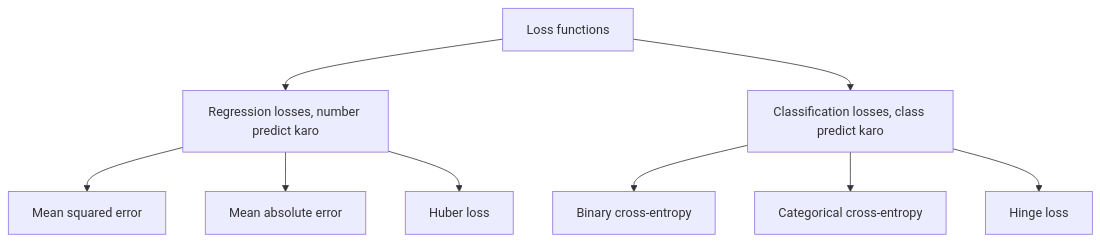
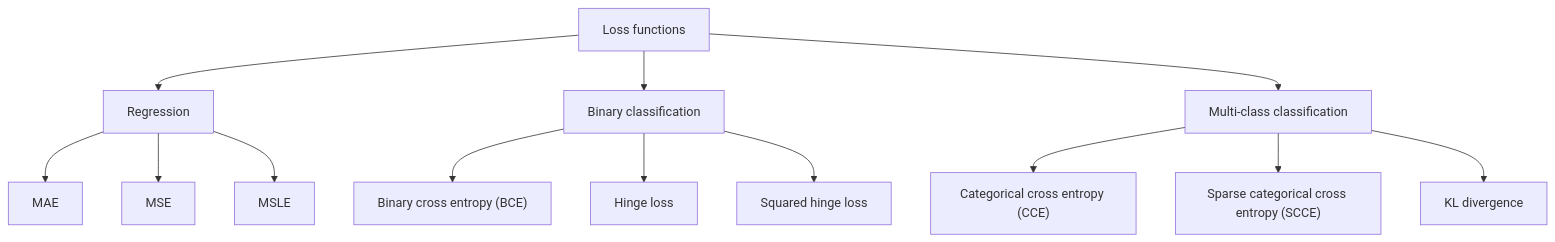
The second of 4 diagrams in content/deep-learning/notes/loss-functions.hi.mdx (TrendySloth1001/sem-seven-notes), drawn with Mermaid before and after one commit. The commit also changed other lines of this file and 168 other files, not shown here.

````diff
--- a/content/deep-learning/notes/loss-functions.hi.mdx
+++ b/content/deep-learning/notes/loss-functions.hi.mdx
@@ -103,12 +71,16 @@
 ```mermaid
-%% caption: Do families. Syllabus squared error aur cross-entropy ka naam leta hai; baaki common variants hain.
+%% caption: Class ke loss functions, problem ke type ke hisaab se grouped.
 flowchart TD
-  A["Loss functions"] --> R["Regression losses, number predict karo"]
-  A --> C["Classification losses, class predict karo"]
-  R --> R1["Mean squared error"]
-  R --> R2["Mean absolute error"]
-  R --> R3["Huber loss"]
-  C --> C1["Binary cross-entropy"]
-  C --> C2["Categorical cross-entropy"]
-  C --> C3["Hinge loss"]
+  A["Loss functions"] --> B["Regression"]
+  A --> C["Binary classification"]
+  A --> D["Multi-class classification"]
+  B --> B1["MAE"]
+  B --> B2["MSE"]
+  B --> B3["MSLE"]
+  C --> C1["Binary cross entropy (BCE)"]
+  C --> C2["Hinge loss"]
+  C --> C3["Squared hinge loss"]
+  D --> D1["Categorical cross entropy (CCE)"]
+  D --> D2["Sparse categorical cross entropy (SCCE)"]
+  D --> D3["KL divergence"]
 ```
````
